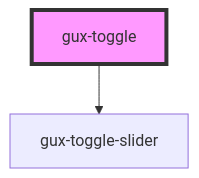
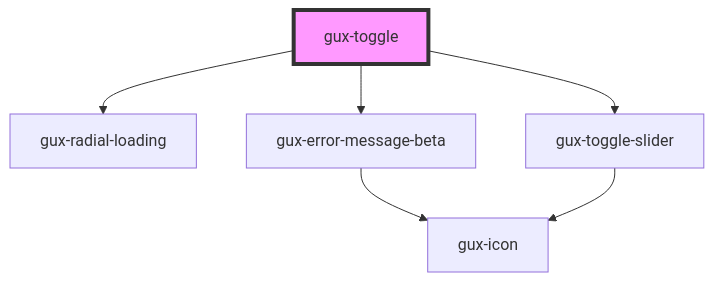
Before and after one commit to MyPureCloud/genesys-spark: the diagram in src/components/stable/gux-toggle/readme.md, drawn with Mermaid. The commit also changed other lines of this file and 19 other files, not shown here.

First line of the commit message:
feat(toggle): added error and loading states

````diff
--- a/src/components/stable/gux-toggle/readme.md
+++ b/src/components/stable/gux-toggle/readme.md
@@ -38,5 +42,9 @@
 ```mermaid
 graph TD;
+  gux-toggle --> gux-radial-loading
+  gux-toggle --> gux-error-message-beta
   gux-toggle --> gux-toggle-slider
+  gux-error-message-beta --> gux-icon
+  gux-toggle-slider --> gux-icon
   style gux-toggle fill:#f9f,stroke:#333,stroke-width:4px
 ```
````
